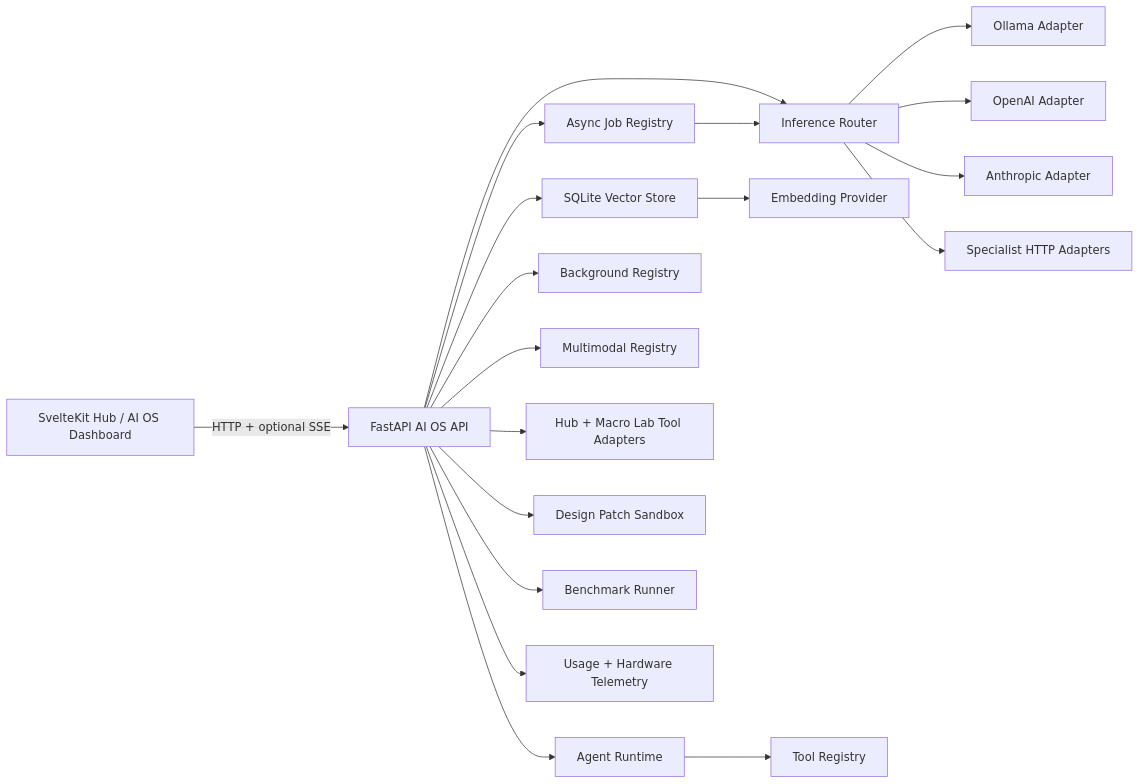
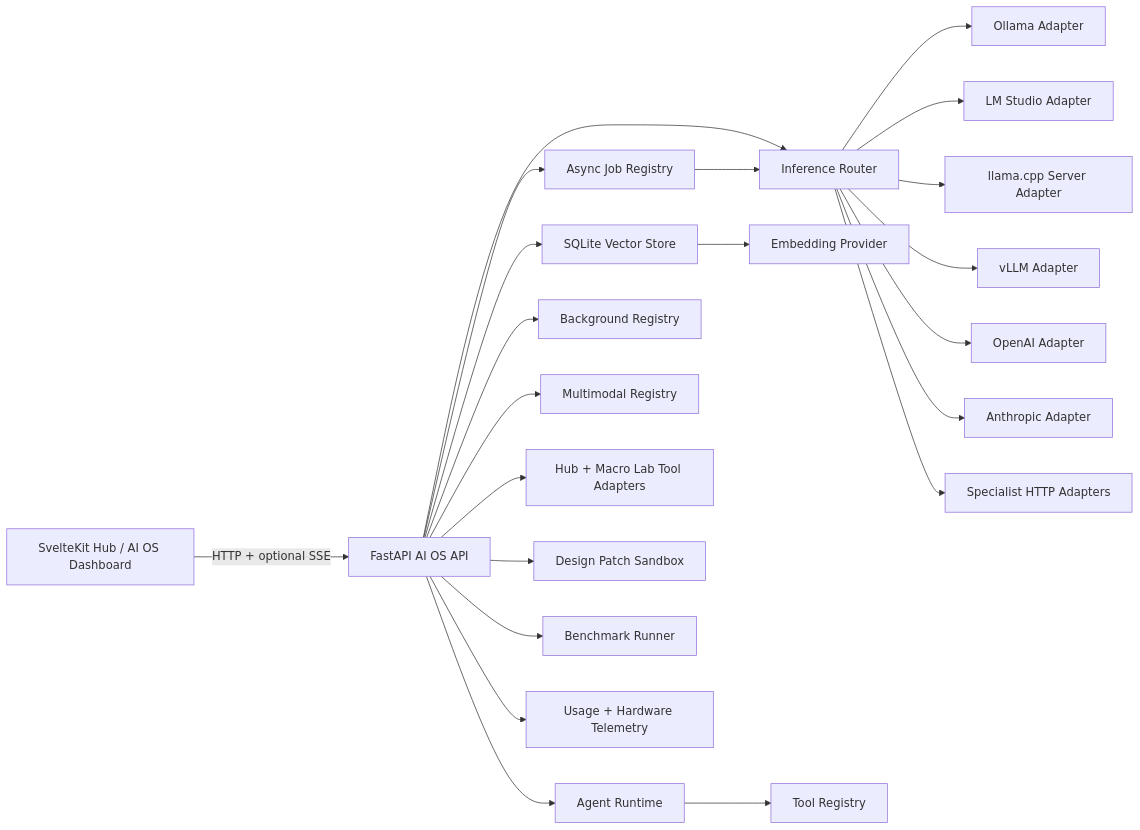
Before and after one commit to elc9939/testing: the diagram in docs/personal-ai-os-architecture.md, drawn with Mermaid. The commit also changed other lines of this file and 13 other files, not shown here.

````diff
--- a/docs/personal-ai-os-architecture.md
+++ b/docs/personal-ai-os-architecture.md
@@ -31,21 +36,24 @@
 ```mermaid
 flowchart LR
   Hub["SvelteKit Hub / AI OS Dashboard"] -->|"HTTP + optional SSE"| API["FastAPI AI OS API"]
   API --> Router["Inference Router"]
   Router --> Ollama["Ollama Adapter"]
+  Router --> LMStudio["LM Studio Adapter"]
+  Router --> LlamaCpp["llama.cpp Server Adapter"]
+  Router --> VLLM["vLLM Adapter"]
   Router --> OpenAI["OpenAI Adapter"]
   Router --> Anthropic["Anthropic Adapter"]
   Router --> Specialist["Specialist HTTP Adapters"]
   API --> Jobs["Async Job Registry"]
   Jobs --> Router
   API --> Memory["SQLite Vector Store"]
   Memory --> Embed["Embedding Provider"]
   API --> Agents["Agent Runtime"]
   Agents --> Tools["Tool Registry"]
   API --> Ambient["Background Registry"]
   API --> Media["Multimodal Registry"]
   API --> AppTools["Hub + Macro Lab Tool Adapters"]
   API --> Design["Design Patch Sandbox"]
   API --> Bench["Benchmark Runner"]
   API --> Telemetry["Usage + Hardware Telemetry"]
 ```
````
